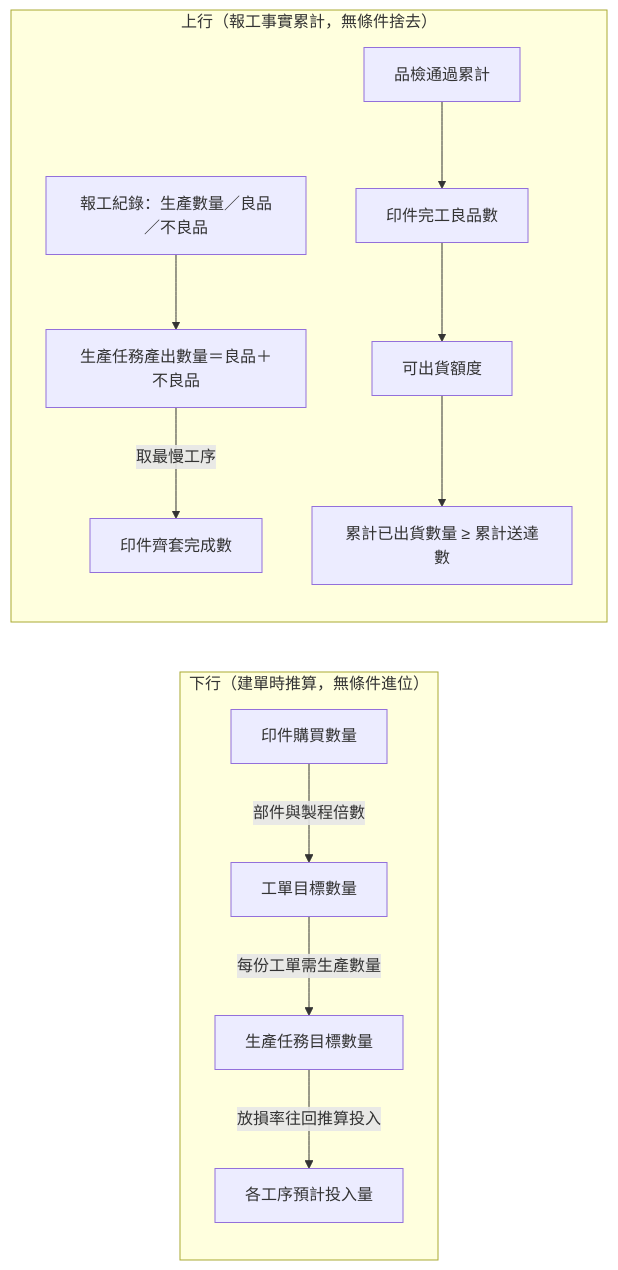
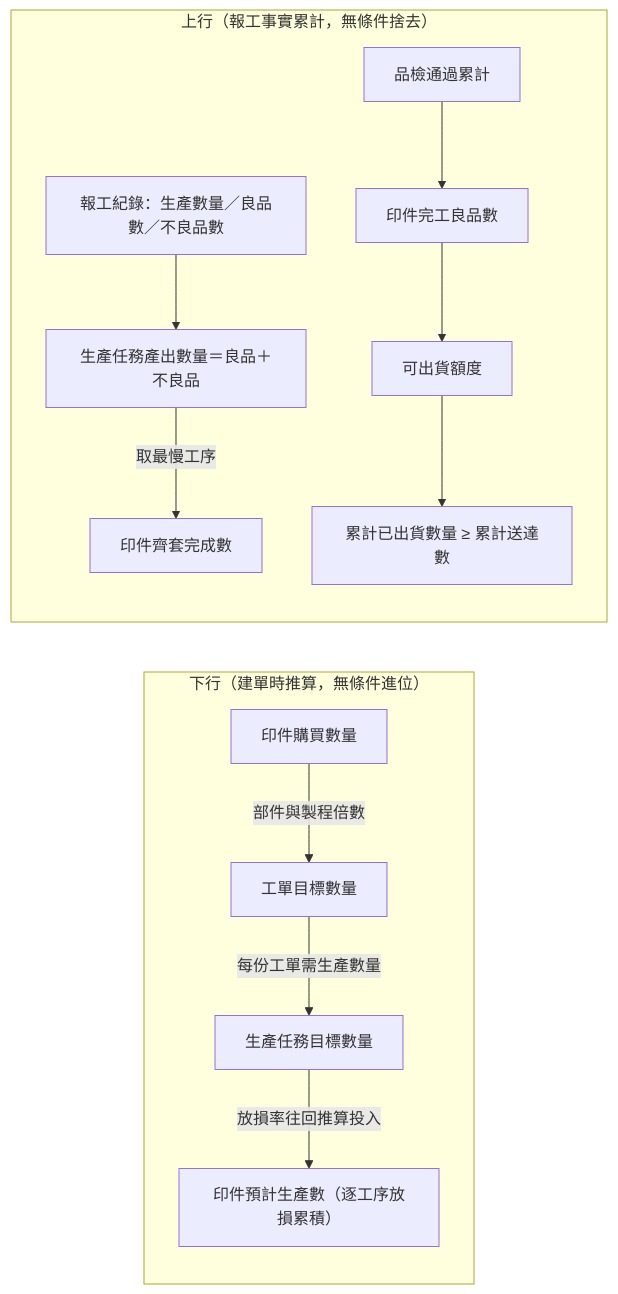
The third of 4 diagrams in memory/Sens_wiki/wiki/erp/05-entities/生產領域資料結構總覽.md (Kawato-Miles/erp-spec), drawn with Mermaid before and after one commit. The commit also changed other lines of this file and 21 other files, not shown here.

````diff
--- a/memory/Sens_wiki/wiki/erp/05-entities/生產領域資料結構總覽.md
+++ b/memory/Sens_wiki/wiki/erp/05-entities/生產領域資料結構總覽.md
@@ -81,15 +81,15 @@
 ```mermaid
 flowchart LR
     subgraph 下行規劃["下行（建單時推算，無條件進位）"]
         Q1["印件購買數量"] -->|"部件與製程倍數"| Q2["工單目標數量"]
         Q2 -->|"每份工單需生產數量"| Q3["生產任務目標數量"]
-        Q3 -->|"放損率往回推算投入"| Q4["各工序預計投入量"]
+        Q3 -->|"放損率往回推算投入"| Q4["印件預計生產數（逐工序放損累積）"]
     end
     subgraph 上行收斂["上行（報工事實累計，無條件捨去）"]
-        R1["報工紀錄：生產數量／良品／不良品"] --> R2["生產任務產出數量＝良品＋不良品"]
+        R1["報工紀錄：生產數量／良品數／不良品數"] --> R2["生產任務產出數量＝良品＋不良品"]
         R2 -->|"取最慢工序"| R3["印件齊套完成數"]
         R4["品檢通過累計"] --> R5["印件完工良品數"]
         R5 --> R6["可出貨額度"]
         R6 --> R7["累計已出貨數量 ≥ 累計送達數"]
     end
 ```
````
